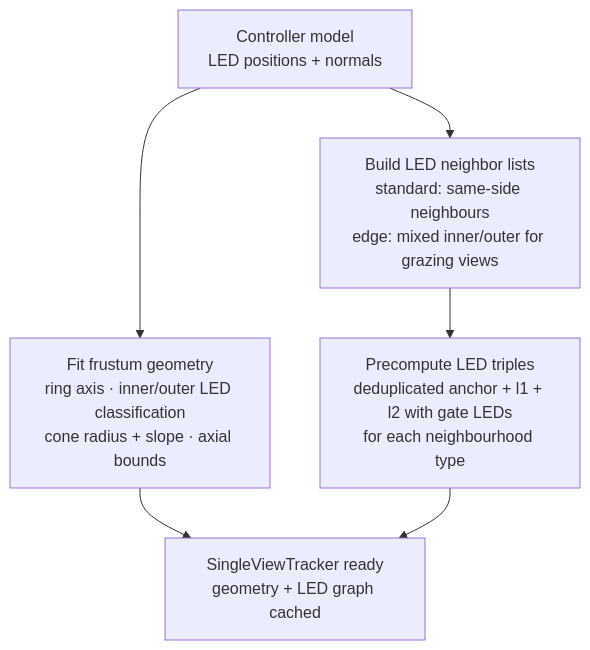
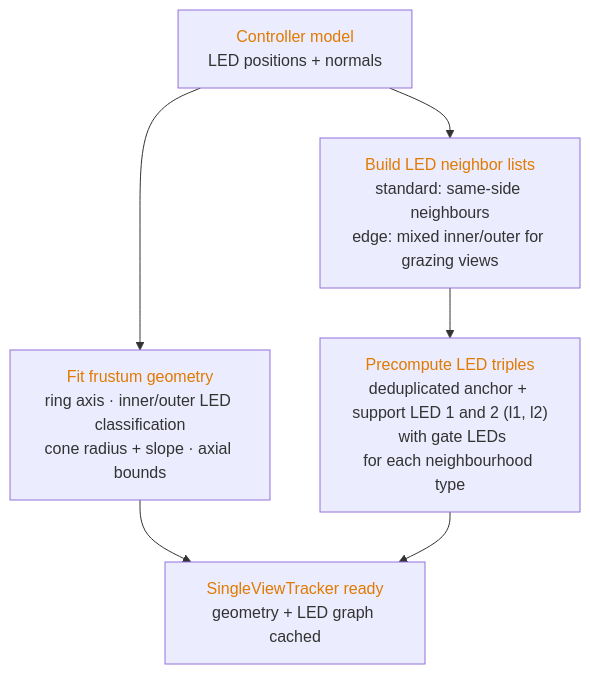
The third of 7 diagrams in algorithm_overview.md (nikitakarpuks/controller-tracker-python), drawn with Mermaid before and after one commit. The commit also changed other lines of this file and 3 other files, not shown here.

````diff
--- a/algorithm_overview.md
+++ b/algorithm_overview.md
@@ -54,8 +51,8 @@
 ```mermaid
 flowchart TD
-    A[Controller model\nLED positions + normals] --> B[Fit frustum geometry\nring axis · inner/outer LED classification\ncone radius + slope · axial bounds]
-    A --> C[Build LED neighbor lists\nstandard: same-side neighbours\nedge: mixed inner/outer for grazing views]
-    C --> D[Precompute LED triples\ndeduplicated anchor + l1 + l2 with gate LEDs\nfor each neighbourhood type]
-    B --> E[SingleViewTracker ready\ngeometry + LED graph cached]
+    A["<font color='#e07a00'>Controller model</font><br/>LED positions + normals"] --> B["<font color='#e07a00'>Fit frustum geometry</font><br/>ring axis · inner/outer LED classification<br/>cone radius + slope · axial bounds"]
+    A --> C["<font color='#e07a00'>Build LED neighbor lists</font><br/>standard: same-side neighbours<br/>edge: mixed inner/outer for grazing views"]
+    C --> D["<font color='#e07a00'>Precompute LED triples</font><br/>deduplicated anchor + support LED 1 and 2 (l1, l2)\n with gate LEDs<br/>for each neighbourhood type"]
+    B --> E["<font color='#e07a00'>SingleViewTracker ready</font><br/>geometry + LED graph cached"]
     D --> E
 ```
````
